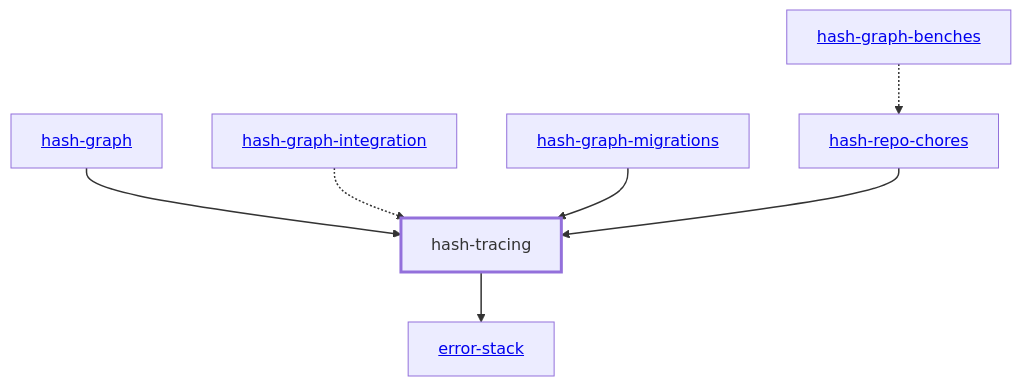
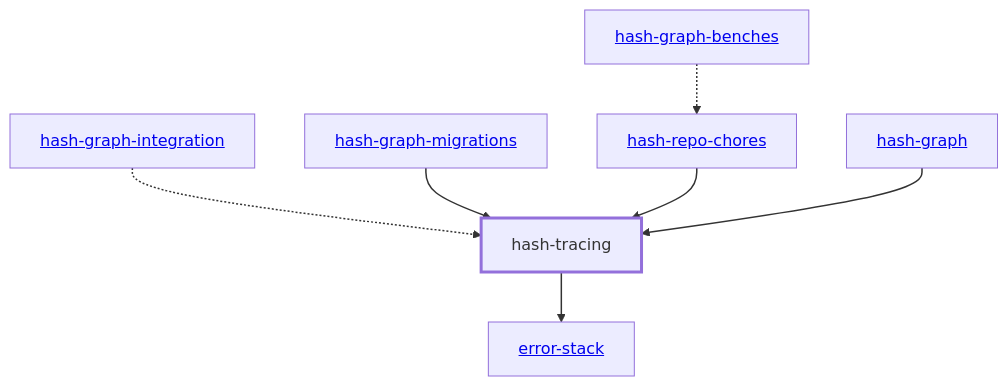
One commit to hashintel/hash changed the diagram in libs/@local/tracing/docs/dependency-diagram.mmd. Above: the diagram before and after it, drawn with Mermaid. The commit also changed 31 other files, not shown here.

```diff
--- a/libs/@local/tracing/docs/dependency-diagram.mmd
+++ b/libs/@local/tracing/docs/dependency-diagram.mmd
@@ -1,24 +1,24 @@
 graph TD
     linkStyle default stroke-width:1.5px
     classDef default stroke-width:1px
     classDef root stroke-width:3px
     classDef dev stroke-width:1px
     classDef build stroke-width:1px
     %% Legend
     %% --> : Normal dependency
     %% -.-> : Dev dependency
     %% ---> : Build dependency
-    0[hash-tracing]
-    class 0 root
-    1[<a href="../error_stack/index.html">error-stack</a>]
-    2[<a href="../hash_graph/index.html">hash-graph</a>]
+    0[<a href="../error_stack/index.html">error-stack</a>]
+    1[hash-tracing]
+    class 1 root
+    2[<a href="../hash_graph_benches/index.html">hash-graph-benches</a>]
     3[<a href="../hash_graph_integration/index.html">hash-graph-integration</a>]
     4[<a href="../hash_graph_migrations/index.html">hash-graph-migrations</a>]
-    5[<a href="../hash_repo_chores/index.html">hash-repo-chores</a>]
-    6[<a href="../hash_graph_benches/index.html">hash-graph-benches</a>]
-    0 --> 1
-    2 --> 0
-    3 -.-> 0
-    4 --> 0
-    5 --> 0
-    6 -.-> 5
+    5[<a href="../hash_graph/index.html">hash-graph</a>]
+    6[<a href="../hash_repo_chores/index.html">hash-repo-chores</a>]
+    3 -.-> 1
+    4 --> 1
+    6 --> 1
+    2 -.-> 6
+    5 --> 1
+    1 --> 0
```
